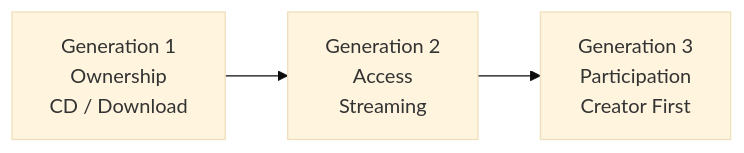
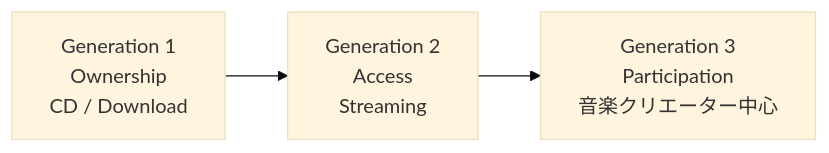
Before and after one commit to ShigeichiroYamasaki/creator-first-platform: diagram 11 of 11 in docs/whitepaper/02-market.md, drawn with Mermaid (base theme). The commit also changed other lines of this file and 67 other files, not shown here.

````diff
--- a/docs/whitepaper/02-market.md
+++ b/docs/whitepaper/02-market.md
@@ -423,8 +423,8 @@
 ```mermaid
 flowchart LR
     G1[Generation 1<br/>Ownership<br/>CD / Download]
     G2[Generation 2<br/>Access<br/>Streaming]
-    G3[Generation 3<br/>Participation<br/>Creator First]
+    G3[Generation 3<br/>Participation<br/>音楽クリエーター中心]
 
     G1 --> G2 --> G3
 ```
````
